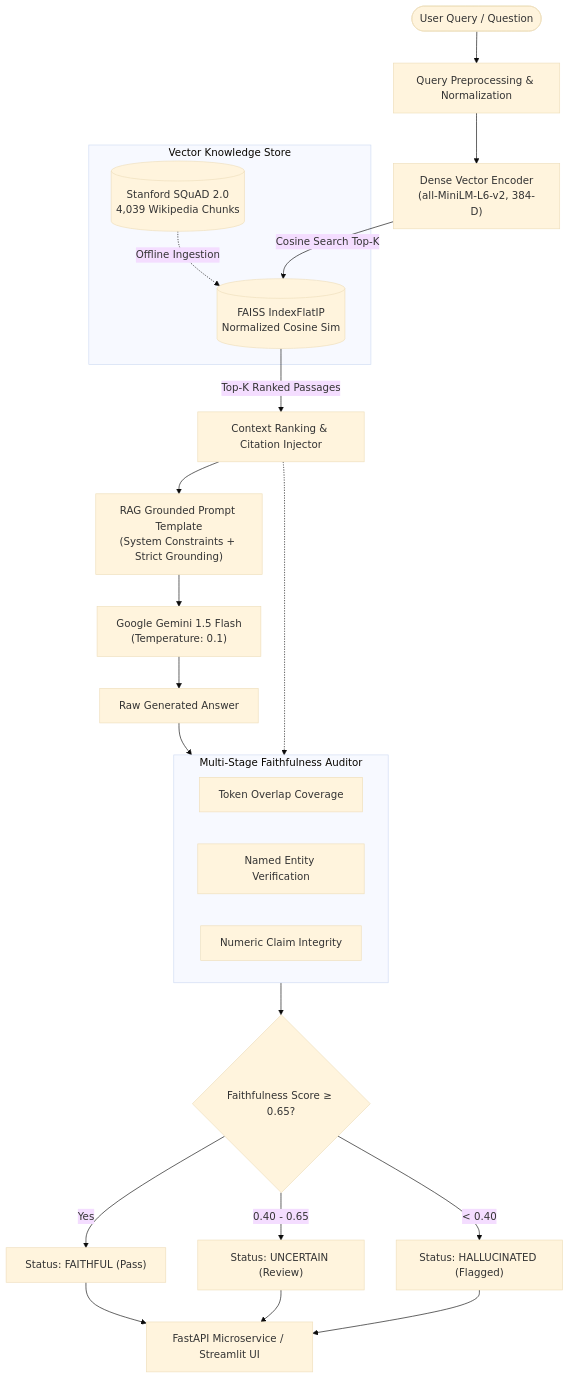
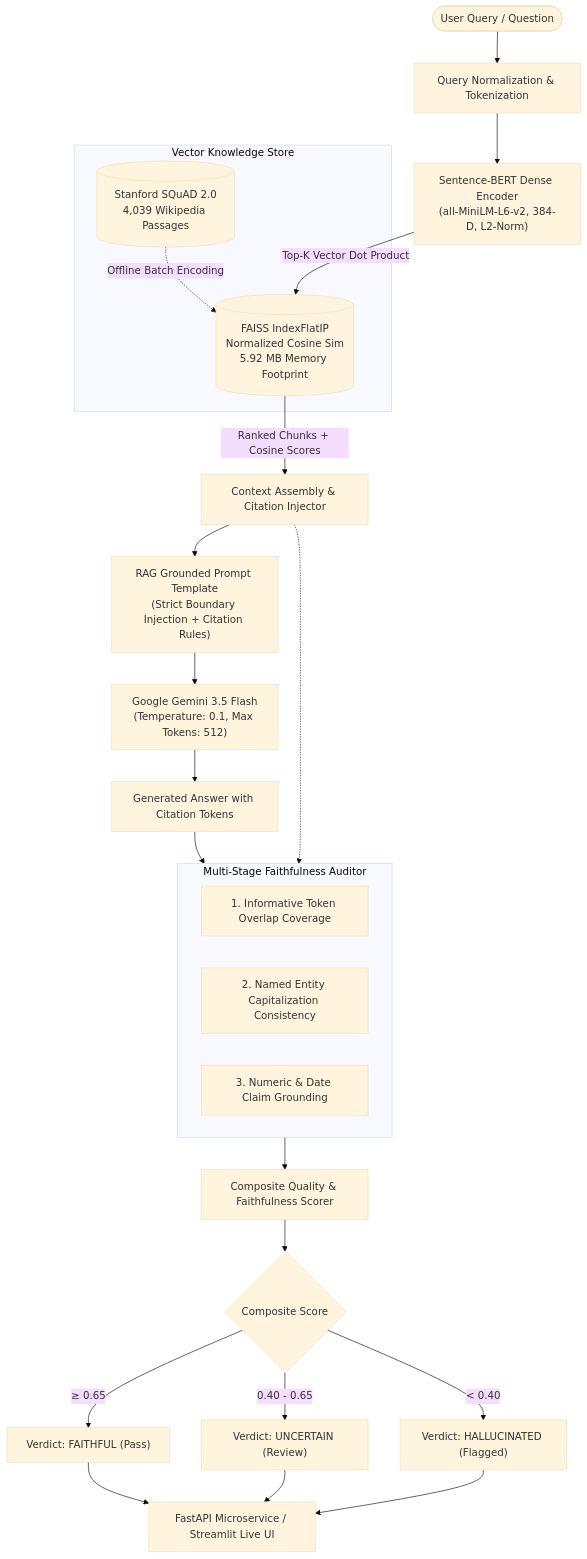
The diagram in README.md (AvijeetTiwari3/rag-nlp-intelligence-platform), drawn with Mermaid (base theme) before and after one commit. The commit also changed other lines of this file, not shown here.

Commit message:
docs: finalize enterprise Google Data Scientist standard README with architecture, benchmarks, and live demo badge

````diff
--- a/README.md
+++ b/README.md
@@ -34,37 +82,38 @@
 ```mermaid
 flowchart TD
-    UserQuery(["User Query / Question"]) --> Preproc["Query Preprocessing & Normalization"]
-    Preproc --> DenseEncoder["Dense Vector Encoder<br/>(all-MiniLM-L6-v2, 384-D)"]
+    UserQuery(["User Query / Question"]) --> Preproc["Query Normalization & Tokenization"]
+    Preproc --> DenseEncoder["Sentence-BERT Dense Encoder<br/>(all-MiniLM-L6-v2, 384-D, L2-Norm)"]
     
     subgraph Storage ["Vector Knowledge Store"]
-        CorpusDB[("Stanford SQuAD 2.0<br/>4,039 Wikipedia Chunks")]
-        IndexStore[("FAISS IndexFlatIP<br/>Normalized Cosine Sim")]
+        CorpusDB[("Stanford SQuAD 2.0<br/>4,039 Wikipedia Passages")]
+        IndexStore[("FAISS IndexFlatIP<br/>Normalized Cosine Sim<br/>5.92 MB Memory Footprint")]
     end
     
-    CorpusDB -.->|Offline Ingestion| IndexStore
-    DenseEncoder -->|Cosine Search Top-K| IndexStore
-    IndexStore -->|Top-K Ranked Passages| ContextAssembler["Context Ranking & Citation Injector"]
+    CorpusDB -.->|Offline Batch Encoding| IndexStore
+    DenseEncoder -->|Top-K Vector Dot Product| IndexStore
+    IndexStore -->|Ranked Chunks + Cosine Scores| ContextRanker["Context Assembly & Citation Injector"]
     
-    ContextAssembler --> PromptEngine["RAG Grounded Prompt Template<br/>(System Constraints + Strict Grounding)"]
-    PromptEngine --> GeminiLLM["Google Gemini 1.5 Flash<br/>(Temperature: 0.1)"]
+    ContextRanker --> PromptTemplate["RAG Grounded Prompt Template<br/>(Strict Boundary Injection + Citation Rules)"]
+    PromptTemplate --> GeminiLLM["Google Gemini 3.5 Flash<br/>(Temperature: 0.1, Max Tokens: 512)"]
     
-    GeminiLLM --> GenAnswer["Raw Generated Answer"]
+    GeminiLLM --> GenResponse["Generated Answer with Citation Tokens"]
     
-    subgraph Audit ["Multi-Stage Faithfulness Auditor"]
-        TokenAudit["Token Overlap Coverage"]
-        EntityAudit["Named Entity Verification"]
-        NumAudit["Numeric Claim Integrity"]
+    subgraph Auditor ["Multi-Stage Faithfulness Auditor"]
+        TokenAudit["1. Informative Token Overlap Coverage"]
+        EntityAudit["2. Named Entity Capitalization Consistency"]
+        NumAudit["3. Numeric & Date Claim Grounding"]
     end
     
-    GenAnswer --> Audit
-    ContextAssembler -.-> Audit
+    GenResponse --> Auditor
+    ContextRanker -.-> Auditor
     
-    Audit --> Verdict{"Faithfulness Score ≥ 0.65?"}
-    Verdict -->|Yes| FaithfulRes["Status: FAITHFUL (Pass)"]
-    Verdict -->|0.40 - 0.65| UncertainRes["Status: UNCERTAIN (Review)"]
-    Verdict -->|< 0.40| HallucinatedRes["Status: HALLUCINATED (Flagged)"]
+    Auditor --> ScoreEngine["Composite Quality & Faithfulness Scorer"]
+    ScoreEngine --> Decision{"Composite Score"}
+    Decision -->|≥ 0.65| Faithful["Verdict: FAITHFUL (Pass)"]
+    Decision -->|0.40 - 0.65| Uncertain["Verdict: UNCERTAIN (Review)"]
+    Decision -->|< 0.40| Hallucinated["Verdict: HALLUCINATED (Flagged)"]
     
-    FaithfulRes --> API["FastAPI Microservice / Streamlit UI"]
-    UncertainRes --> API
-    HallucinatedRes --> API
+    Faithful --> Client["FastAPI Microservice / Streamlit Live UI"]
+    Uncertain --> Client
+    Hallucinated --> Client
 ```
````
